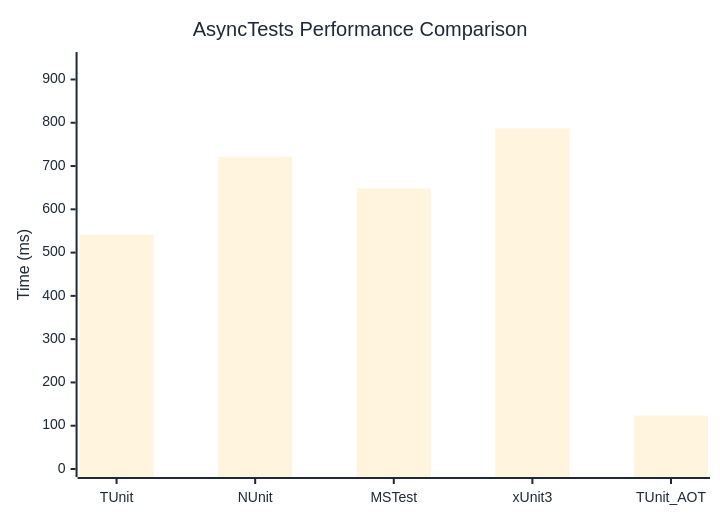
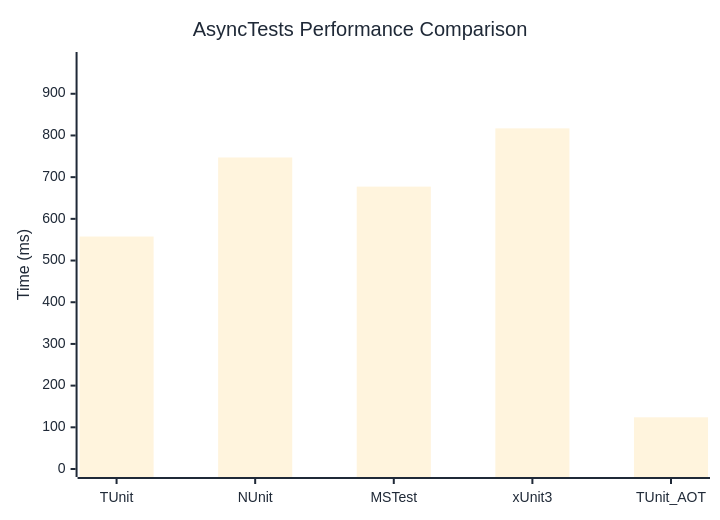
One commit to thomhurst/TUnit changed the diagram in docs/docs/benchmarks/AsyncTests.md. Above: the diagram before and after it, drawn with Mermaid. The commit also changed other lines of this file and 17 other files, not shown here.

````diff
--- a/docs/docs/benchmarks/AsyncTests.md
+++ b/docs/docs/benchmarks/AsyncTests.md
@@ -27,37 +27,37 @@
 ```mermaid
 %%{init: {
   'theme':'base',
   'themeVariables': {
     'primaryColor': '#2563eb',
     'primaryTextColor': '#1f2937',
     'primaryBorderColor': '#1e40af',
     'lineColor': '#6b7280',
     'secondaryColor': '#7c3aed',
     'tertiaryColor': '#dc2626',
     'background': '#ffffff',
     'mainBkg': '#2563eb',
     'secondBkg': '#7c3aed',
     'tertiaryBkg': '#dc2626',
     'clusterBkg': '#f3f4f6',
     'edgeLabelBackground': '#ffffff',
     'tertiaryTextColor': '#1f2937',
     'pie1': '#2563eb',
     'pie2': '#7c3aed',
     'pie3': '#dc2626',
     'pie4': '#f59e0b',
     'pie5': '#10b981',
     'pie6': '#06b6d4',
     'pie7': '#ec4899',
     'pie8': '#6366f1',
     'pie9': '#84cc16',
     'pie10': '#f97316',
     'pie11': '#14b8a6',
     'pie12': '#a855f7'
   }
 }}%%
 xychart-beta
   title "AsyncTests Performance Comparison"
   x-axis ["TUnit", "NUnit", "MSTest", "xUnit3", "TUnit_AOT"]
-  y-axis "Time (ms)" 0 --> 945
-  bar [541.6, 721.4, 648.2, 787.1, 123.3]
+  y-axis "Time (ms)" 0 --> 981
+  bar [557.6, 747.2, 677.3, 817, 124]
 ```
````
